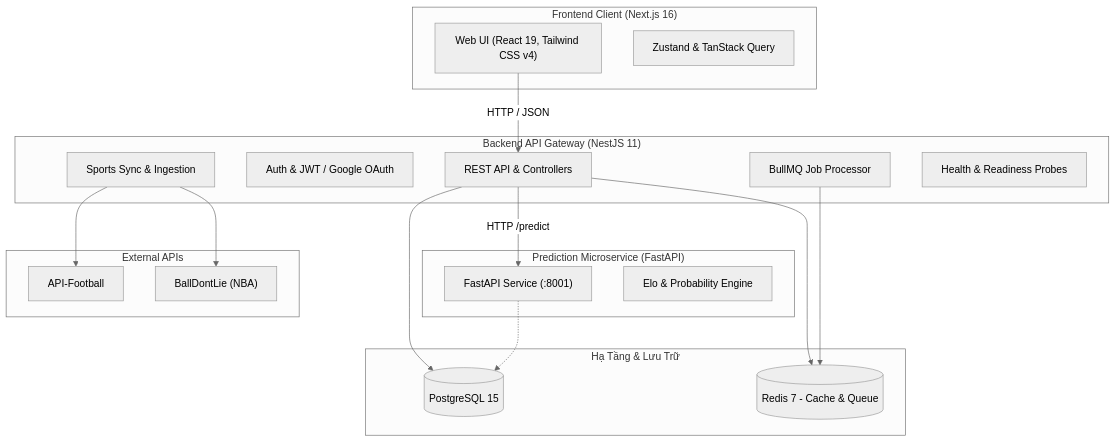
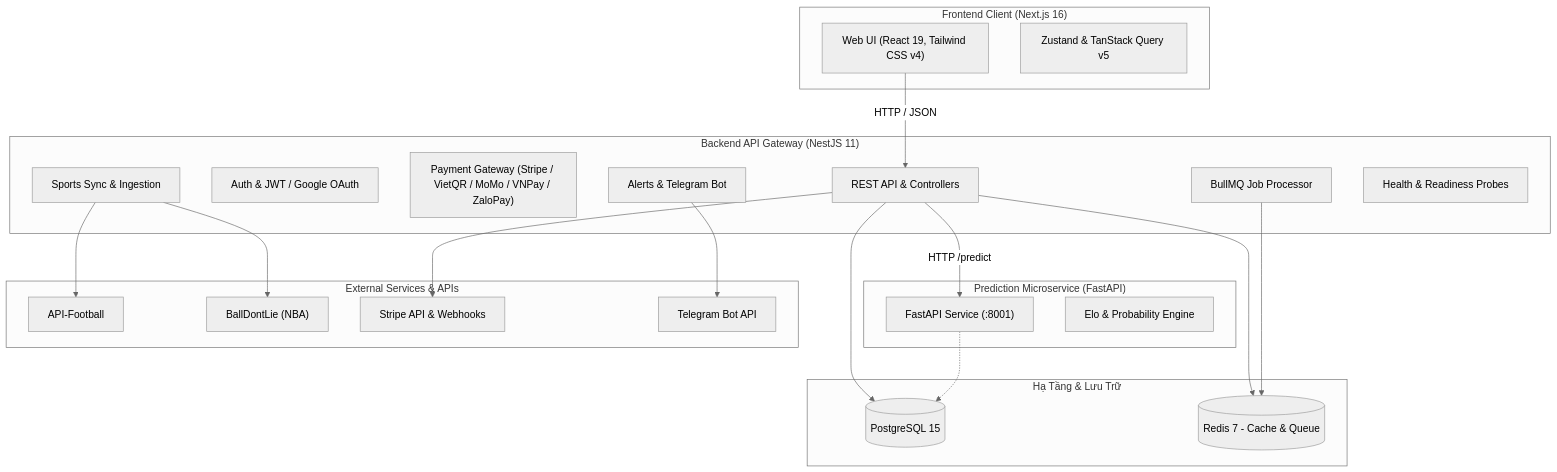
Before and after one commit to keyaru1910/Iknowball: the diagram in README.md, drawn with Mermaid (neutral theme). The commit also changed other lines of this file and 57 other files, not shown here.

````diff
--- a/README.md
+++ b/README.md
@@ -25,39 +59,45 @@
 ```mermaid
 flowchart TD
     subgraph Client["Frontend Client (Next.js 16)"]
         UI["Web UI (React 19, Tailwind CSS v4)"]
-        State["Zustand & TanStack Query"]
+        State["Zustand & TanStack Query v5"]
     end
 
     subgraph Core["Backend API Gateway (NestJS 11)"]
         API["REST API & Controllers"]
         Auth["Auth & JWT / Google OAuth"]
+        PaymentMod["Payment Gateway (Stripe / VietQR / MoMo / VNPay / ZaloPay)"]
         SyncModule["Sports Sync & Ingestion"]
         Queue["BullMQ Job Processor"]
+        AlertMod["Alerts & Telegram Bot"]
         Health["Health & Readiness Probes"]
     end
 
     subgraph ML["Prediction Microservice (FastAPI)"]
         MLApi["FastAPI Service (:8001)"]
         EloEngine["Elo & Probability Engine"]
     end
 
     subgraph Infra["Hạ Tầng & Lưu Trữ"]
         Postgres[(PostgreSQL 15)]
         Redis[(Redis 7 - Cache & Queue)]
     end
 
-    subgraph External["External APIs"]
+    subgraph External["External Services & APIs"]
         APIFootball["API-Football"]
         BallDontLie["BallDontLie (NBA)"]
+        StripeAPI["Stripe API & Webhooks"]
+        TeleAPI["Telegram Bot API"]
     end
 
     UI -->|HTTP / JSON| API
     API --> Postgres
     API --> Redis
     API -->|HTTP /predict| MLApi
+    API --> StripeAPI
+    AlertMod --> TeleAPI
     SyncModule --> APIFootball
     SyncModule --> BallDontLie
     Queue --> Redis
     MLApi -.-> Postgres
 ```
````
